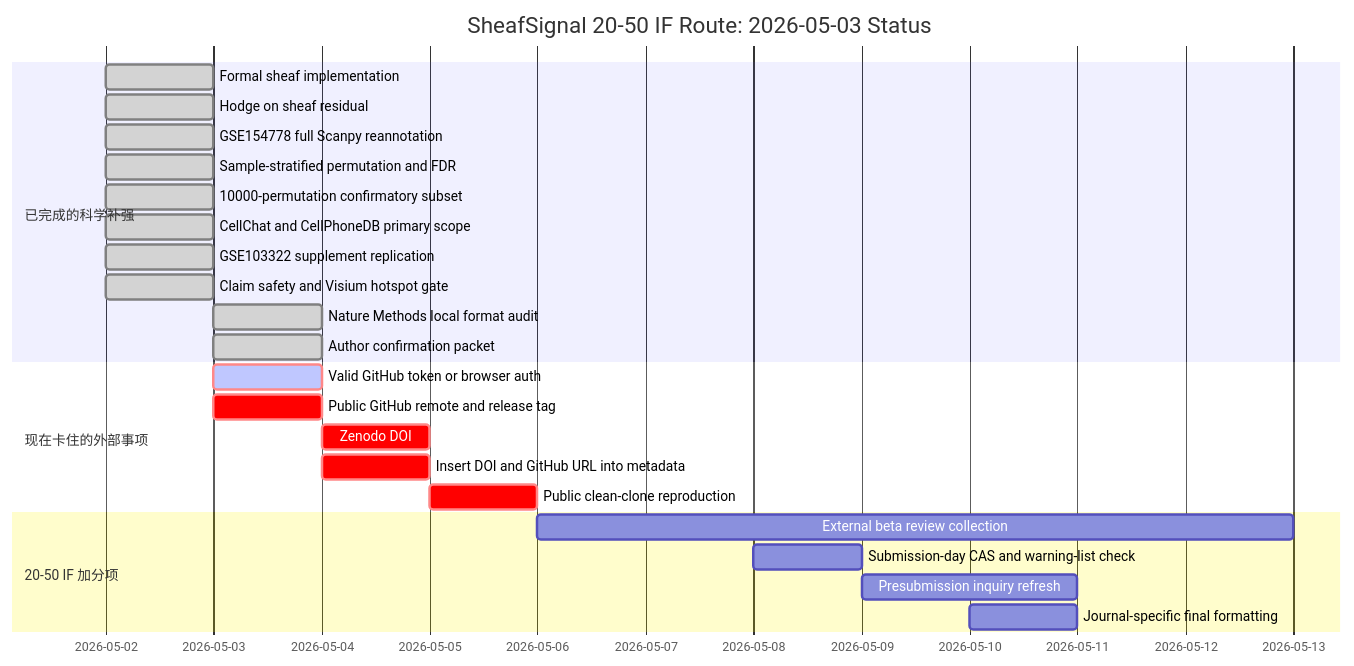
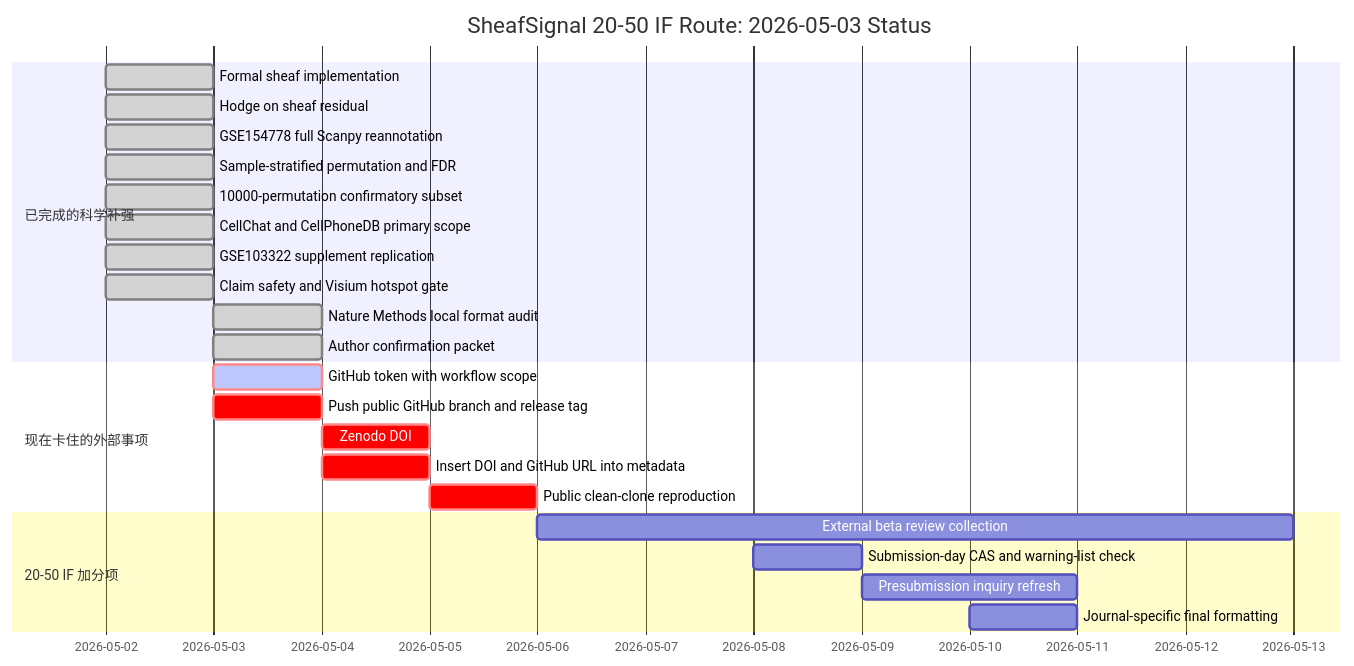
One commit to healthgreat/SheafSignal changed the diagram in manuscript/SHEAFSIGNAL_20_50_IF_STATUS_BRIEF_ZH_2026-05-03.md. Above: the diagram before and after it, drawn with Mermaid. The commit also changed other lines of this file and 8 other files, not shown here.

Commit message:
Record GitHub workflow-scope blocker

````diff
--- a/manuscript/SHEAFSIGNAL_20_50_IF_STATUS_BRIEF_ZH_2026-05-03.md
+++ b/manuscript/SHEAFSIGNAL_20_50_IF_STATUS_BRIEF_ZH_2026-05-03.md
@@ -21,30 +21,30 @@
 ```mermaid
 gantt
     title SheafSignal 20-50 IF Route: 2026-05-03 Status
     dateFormat  YYYY-MM-DD
 
     section 已完成的科学补强
     Formal sheaf implementation                 :done, 2026-05-02, 1d
     Hodge on sheaf residual                     :done, 2026-05-02, 1d
     GSE154778 full Scanpy reannotation          :done, 2026-05-02, 1d
     Sample-stratified permutation and FDR       :done, 2026-05-02, 1d
     10000-permutation confirmatory subset       :done, 2026-05-02, 1d
     CellChat and CellPhoneDB primary scope      :done, 2026-05-02, 1d
     GSE103322 supplement replication            :done, 2026-05-02, 1d
     Claim safety and Visium hotspot gate        :done, 2026-05-02, 1d
     Nature Methods local format audit           :done, 2026-05-03, 1d
     Author confirmation packet                  :done, 2026-05-03, 1d
 
     section 现在卡住的外部事项
-    Valid GitHub token or browser auth          :crit, active, 2026-05-03, 1d
-    Public GitHub remote and release tag        :crit, 2026-05-03, 1d
+    GitHub token with workflow scope            :crit, active, 2026-05-03, 1d
+    Push public GitHub branch and release tag   :crit, 2026-05-03, 1d
     Zenodo DOI                                  :crit, 2026-05-04, 1d
     Insert DOI and GitHub URL into metadata     :crit, 2026-05-04, 1d
     Public clean-clone reproduction             :crit, 2026-05-05, 1d
 
     section 20-50 IF 加分项
     External beta review collection             :2026-05-06, 7d
     Submission-day CAS and warning-list check   :2026-05-08, 1d
     Presubmission inquiry refresh               :2026-05-09, 2d
     Journal-specific final formatting           :2026-05-10, 1d
 ```
````
